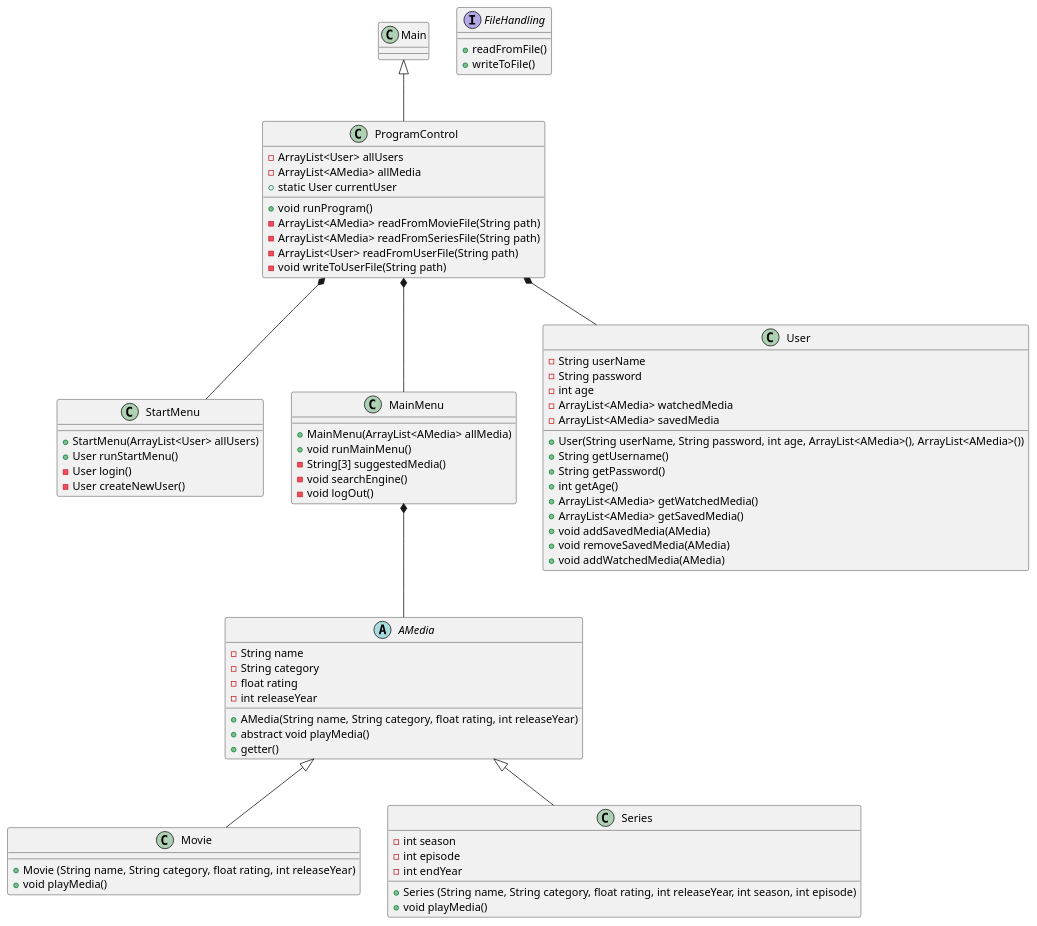
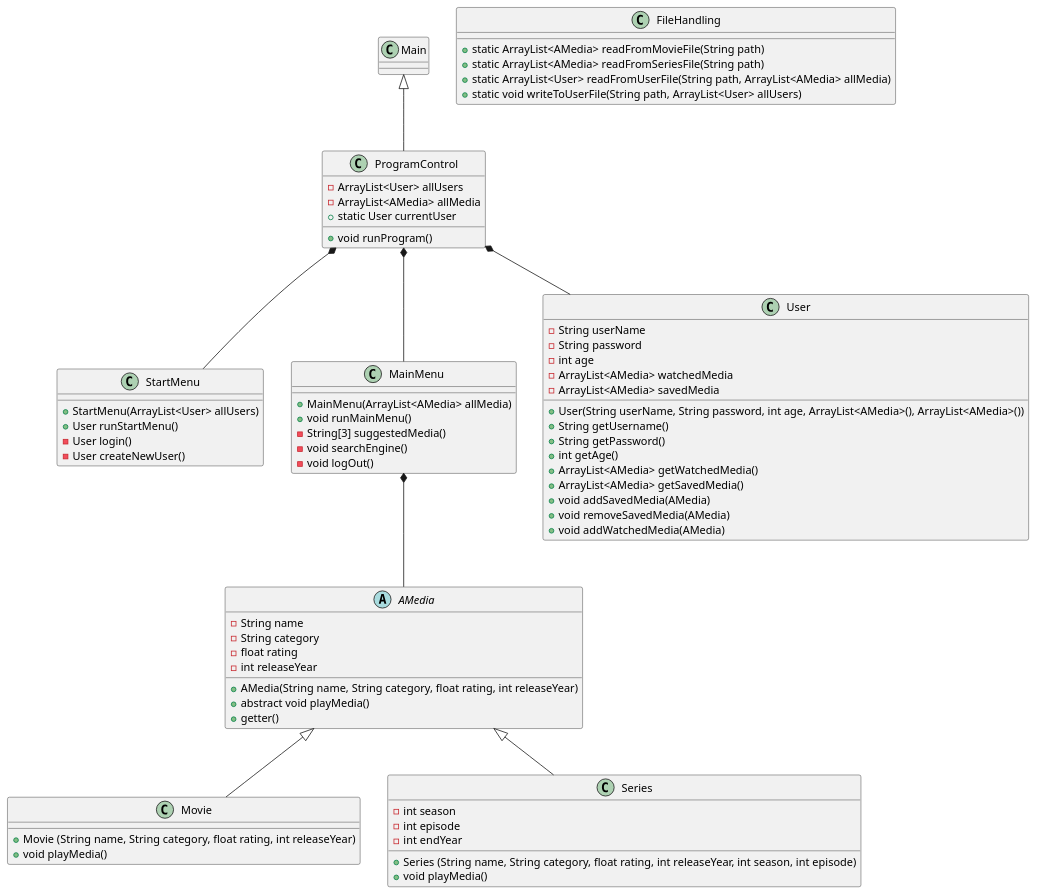
The diagram in Design/Streamingservice design.puml (MrJustMeDahl/SP3---Streamingtjeneste), drawn with PlantUML before and after one commit. The commit also changed 1 other file, not shown here.

Commit message:
Updated UML for FileHandling and ProgramControl

```diff
--- a/Design/Streamingservice design.puml
+++ b/Design/Streamingservice design.puml
@@ -1,83 +1,81 @@
 @startuml
 class Main
 Main <|-- ProgramControl
 ProgramControl *-- StartMenu
 ProgramControl *-- MainMenu
 ProgramControl *-- User
 
 MainMenu *-- AMedia
 AMedia <|-- Movie
 AMedia <|-- Series
 
 class ProgramControl{
 - ArrayList<User> allUsers
 - ArrayList<AMedia> allMedia
 + static User currentUser
 + void runProgram()
-- ArrayList<AMedia> readFromMovieFile(String path)
-- ArrayList<AMedia> readFromSeriesFile(String path)
-- ArrayList<User> readFromUserFile(String path)
-- void writeToUserFile(String path)
 }
 
 class StartMenu{
 + StartMenu(ArrayList<User> allUsers)
 + User runStartMenu()
 - User login()
 - User createNewUser()
 }
 
 class MainMenu{
 + MainMenu(ArrayList<AMedia> allMedia)
 + void runMainMenu()
 - String[3] suggestedMedia()
 - void searchEngine()
 - void logOut()
 }
 
 abstract class AMedia{
 - String name
 - String category
 - float rating
 - int releaseYear
 + AMedia(String name, String category, float rating, int releaseYear)
 + abstract void playMedia()
 + getter()
 }
 
 class Movie{
 + Movie (String name, String category, float rating, int releaseYear)
 + void playMedia()
 }
 
 class Series{
 - int season
 - int episode
 - int endYear
 + Series (String name, String category, float rating, int releaseYear, int season, int episode)
 + void playMedia()
 }
 
 class User{
 - String userName
 - String password
 - int age
 - ArrayList<AMedia> watchedMedia
 - ArrayList<AMedia> savedMedia
 + User(String userName, String password, int age, ArrayList<AMedia>(), ArrayList<AMedia>())
 + String getUsername()
 + String getPassword()
 + int getAge()
 + ArrayList<AMedia> getWatchedMedia()
 + ArrayList<AMedia> getSavedMedia()
 + void addSavedMedia(AMedia)
 + void removeSavedMedia(AMedia)
 + void addWatchedMedia(AMedia)
 }
 
-interface FileHandling{
-+ readFromFile()
-+ writeToFile()
+class FileHandling{
++ static ArrayList<AMedia> readFromMovieFile(String path)
++ static ArrayList<AMedia> readFromSeriesFile(String path)
++ static ArrayList<User> readFromUserFile(String path, ArrayList<AMedia> allMedia)
++ static void writeToUserFile(String path, ArrayList<User> allUsers)
 }
 
 @enduml
```
